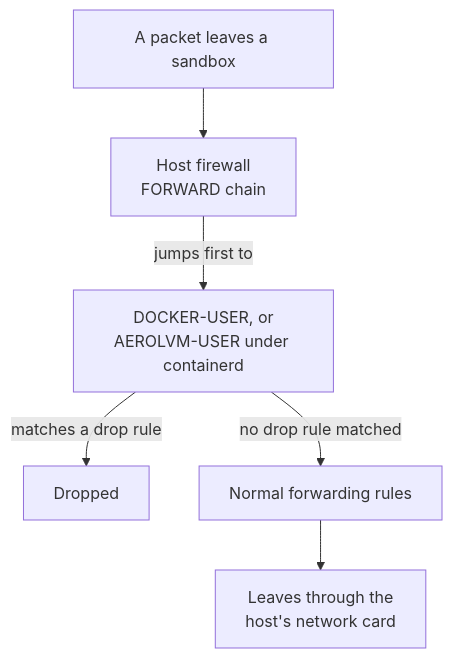
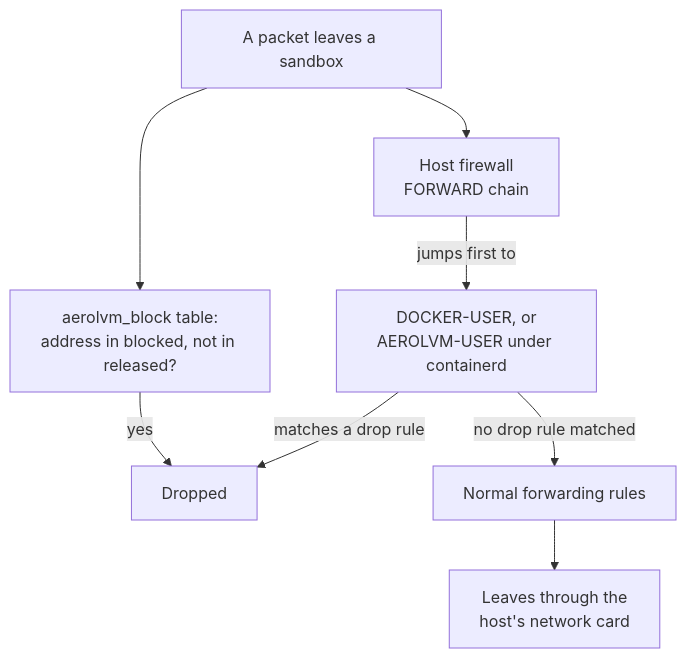
The sixth of 7 diagrams in docs/src/content/docs/engineering-trust-boundary.mdx (aerol-ai/microvm), drawn with Mermaid before and after one commit. The commit also changed other lines of this file and 2 other files, not shown here.

First line of the commit message:
docs: the block-all is set membership

````diff
--- a/docs/src/content/docs/engineering-trust-boundary.mdx
+++ b/docs/src/content/docs/engineering-trust-boundary.mdx
@@ -256,8 +258,10 @@
 ```mermaid
 flowchart TB
     P["A packet leaves a sandbox"] --> FWD["Host firewall<br/>FORWARD chain"]
+    P --> B["aerolvm_block table:<br/>address in blocked, not in released?"]
+    B -- "yes" --> X
     FWD -- "jumps first to" --> U["DOCKER-USER, or<br/>AEROLVM-USER under containerd"]
     U -- "matches a drop rule" --> X["Dropped"]
     U -- "no drop rule matched" --> N["Normal forwarding rules"]
     N --> Out["Leaves through the<br/>host's network card"]
 ```
````
